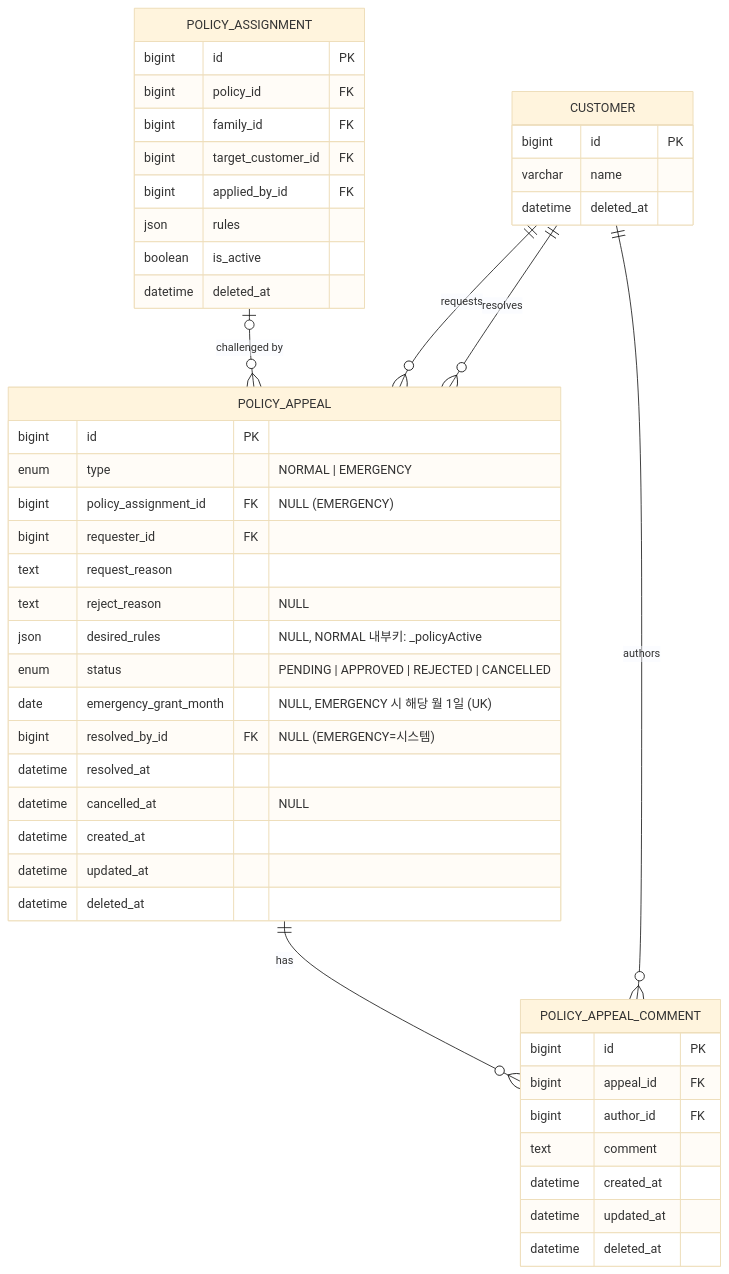
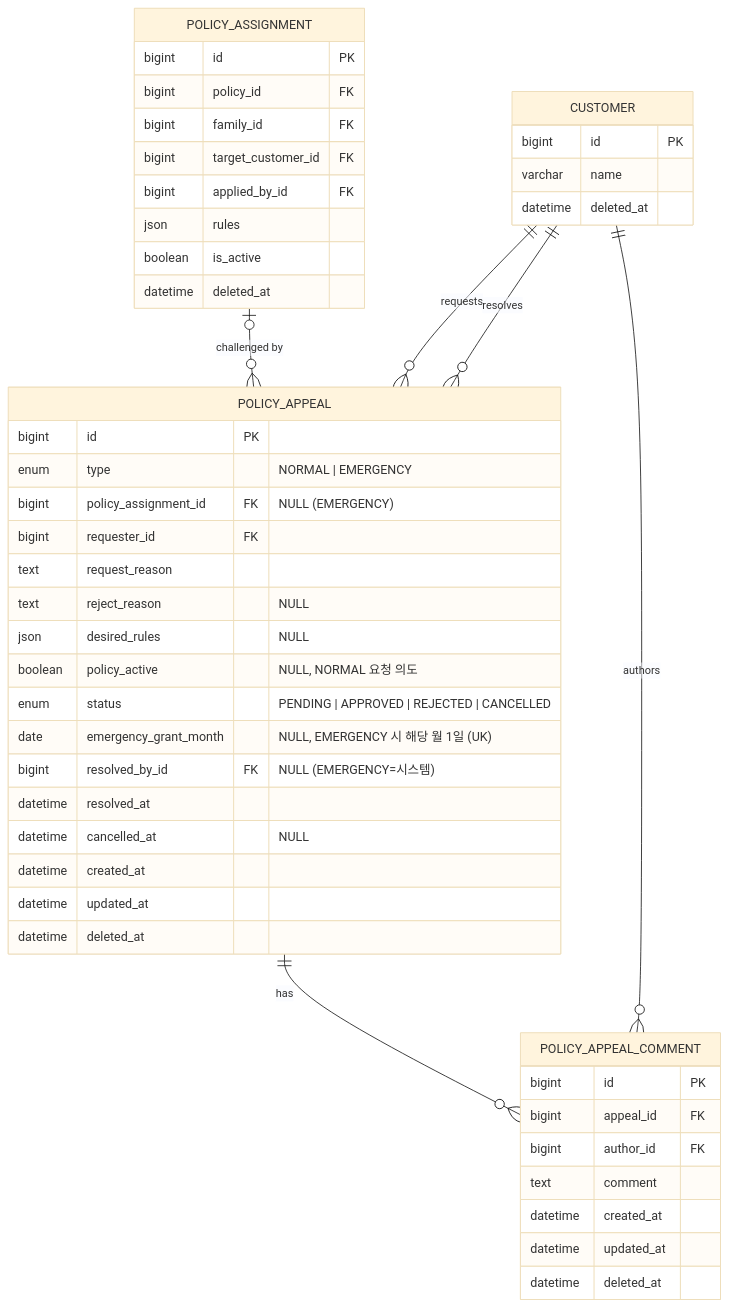
Before and after one commit to da-bom/lib-schema: the fourth of 6 diagrams in docs/ERD.md, drawn with Mermaid (base theme). The commit also changed other lines of this file, not shown here.

````diff
--- a/docs/ERD.md
+++ b/docs/ERD.md
@@ -528,53 +530,54 @@
 ```mermaid
 erDiagram
     POLICY_ASSIGNMENT |o--o{ POLICY_APPEAL : "challenged by"
     CUSTOMER ||--o{ POLICY_APPEAL : "requests"
     CUSTOMER ||--o{ POLICY_APPEAL : "resolves"
     POLICY_APPEAL ||--o{ POLICY_APPEAL_COMMENT : "has"
     CUSTOMER ||--o{ POLICY_APPEAL_COMMENT : "authors"
 
     POLICY_ASSIGNMENT {
         bigint id PK
         bigint policy_id FK
         bigint family_id FK
         bigint target_customer_id FK
         bigint applied_by_id FK
         json rules
         boolean is_active
         datetime deleted_at
     }
 
     POLICY_APPEAL {
         bigint id PK
         enum type "NORMAL | EMERGENCY"
         bigint policy_assignment_id FK "NULL (EMERGENCY)"
         bigint requester_id FK
         text request_reason
         text reject_reason "NULL"
-        json desired_rules "NULL, NORMAL 내부키: _policyActive"
+        json desired_rules "NULL"
+        boolean policy_active "NULL, NORMAL 요청 의도"
         enum status "PENDING | APPROVED | REJECTED | CANCELLED"
         date emergency_grant_month "NULL, EMERGENCY 시 해당 월 1일 (UK)"
         bigint resolved_by_id FK "NULL (EMERGENCY=시스템)"
         datetime resolved_at
         datetime cancelled_at "NULL"
         datetime created_at
         datetime updated_at
         datetime deleted_at
     }
 
     POLICY_APPEAL_COMMENT {
         bigint id PK
         bigint appeal_id FK
         bigint author_id FK
         text comment
         datetime created_at
         datetime updated_at
         datetime deleted_at
     }
 
     CUSTOMER {
         bigint id PK
         varchar name
         datetime deleted_at
     }
 ```
````
